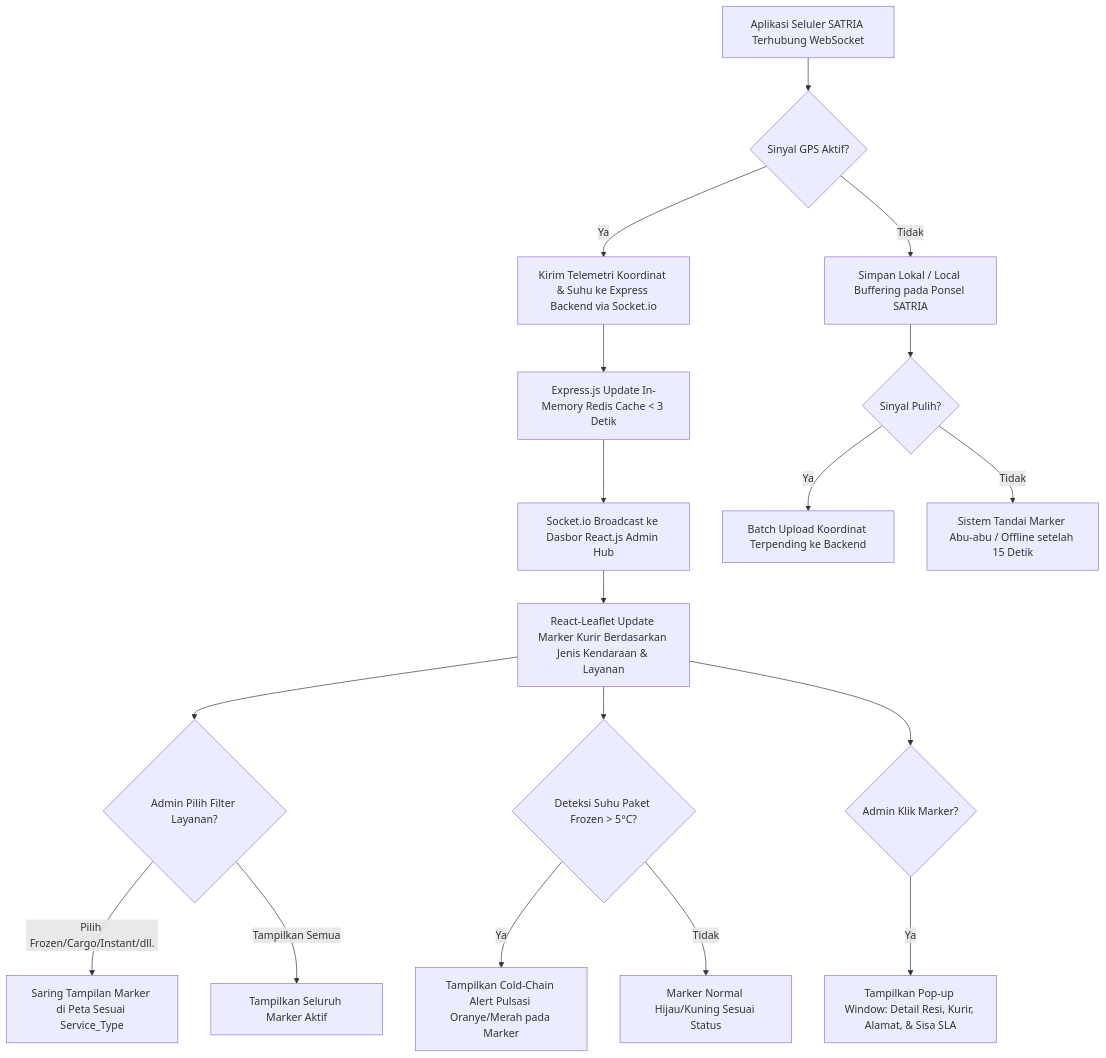
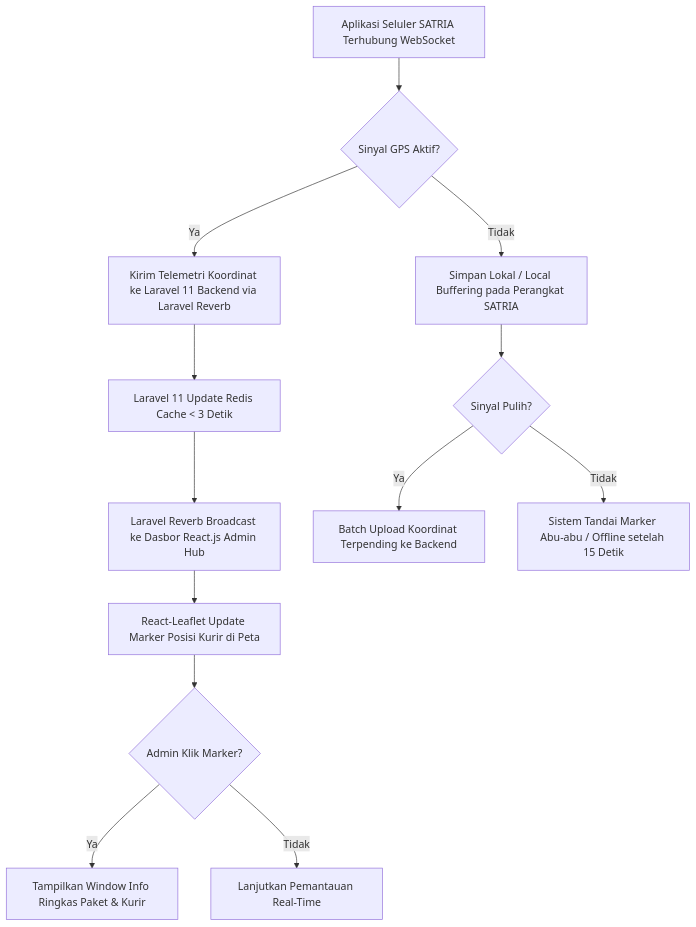
The diagram in docs/frd/FRD-01-live-monitoring-map.md (Ampasan/anteraja-capstone-naufalrakanramadhan), drawn with Mermaid before and after one commit. The commit also changed other lines of this file and 26 other files, not shown here.

Commit message:
feat: add UI design assets, also update PRD/FRD and replace the backend with Laravel.

````diff
--- a/docs/frd/FRD-01-live-monitoring-map.md
+++ b/docs/frd/FRD-01-live-monitoring-map.md
@@ -23,20 +21,15 @@
 ```mermaid
 graph TD
     A[Aplikasi Seluler SATRIA Terhubung WebSocket] --> B{Sinyal GPS Aktif?}
-    B -- Ya --> C[Kirim Telemetri Koordinat & Suhu ke Express Backend via Socket.io]
-    B -- Tidak --> D[Simpan Lokal / Local Buffering pada Ponsel SATRIA]
-    C --> E[Express.js Update In-Memory Redis Cache < 3 Detik]
-    E --> F[Socket.io Broadcast ke Dasbor React.js Admin Hub]
-    F --> G[React-Leaflet Update Marker Kurir Berdasarkan Jenis Kendaraan & Layanan]
-    G --> H{Admin Pilih Filter Layanan?}
-    H -- "Pilih Frozen/Cargo/Instant/dll." --> I[Saring Tampilan Marker di Peta Sesuai Service_Type]
-    H -- "Tampilkan Semua" --> J[Tampilkan Seluruh Marker Aktif]
-    G --> K{Deteksi Suhu Paket Frozen > 5°C?}
-    K -- Ya --> L[Tampilkan Cold-Chain Alert Pulsasi Oranye/Merah pada Marker]
-    K -- Tidak --> M[Marker Normal Hijau/Kuning Sesuai Status]
-    G --> N{Admin Klik Marker?}
-    N -- Ya --> O[Tampilkan Pop-up Window: Detail Resi, Kurir, Alamat, & Sisa SLA]
-    D --> P{Sinyal Pulih?}
-    P -- Ya --> Q[Batch Upload Koordinat Terpending ke Backend]
-    P -- Tidak --> R[Sistem Tandai Marker Abu-abu / Offline setelah 15 Detik]
+    B -- Ya --> C[Kirim Telemetri Koordinat ke Laravel 11 Backend via Laravel Reverb]
+    B -- Tidak --> D[Simpan Lokal / Local Buffering pada Perangkat SATRIA]
+    C --> E[Laravel 11 Update Redis Cache < 3 Detik]
+    E --> F[Laravel Reverb Broadcast ke Dasbor React.js Admin Hub]
+    F --> G[React-Leaflet Update Marker Posisi Kurir di Peta]
+    G --> H{Admin Klik Marker?}
+    H -- Ya --> I[Tampilkan Window Info Ringkas Paket & Kurir]
+    H -- Tidak --> J[Lanjutkan Pemantauan Real-Time]
+    D --> K{Sinyal Pulih?}
+    K -- Ya --> L[Batch Upload Koordinat Terpending ke Backend]
+    K -- Tidak --> M[Sistem Tandai Marker Abu-abu / Offline setelah 15 Detik]
 ```
````
